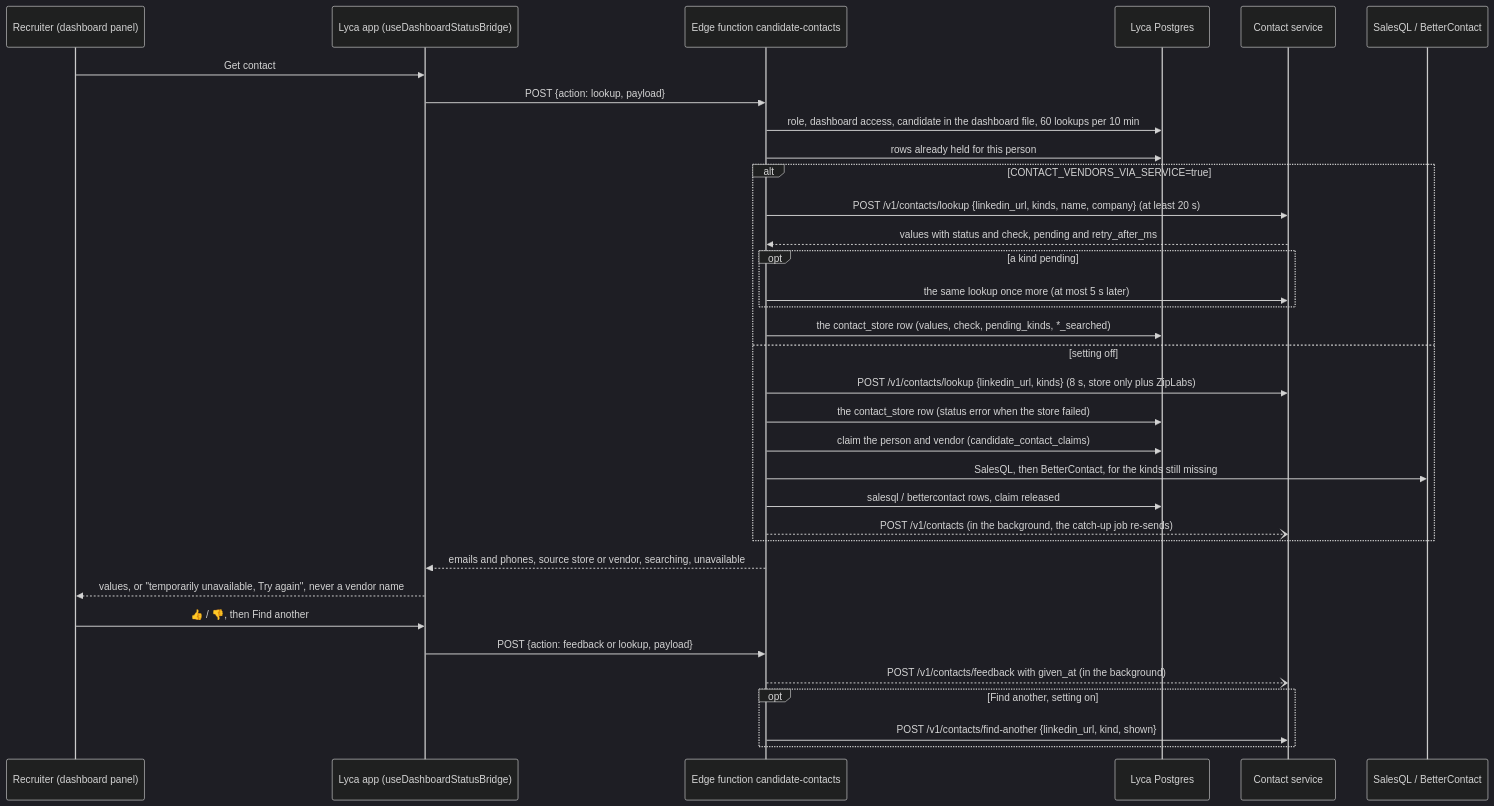
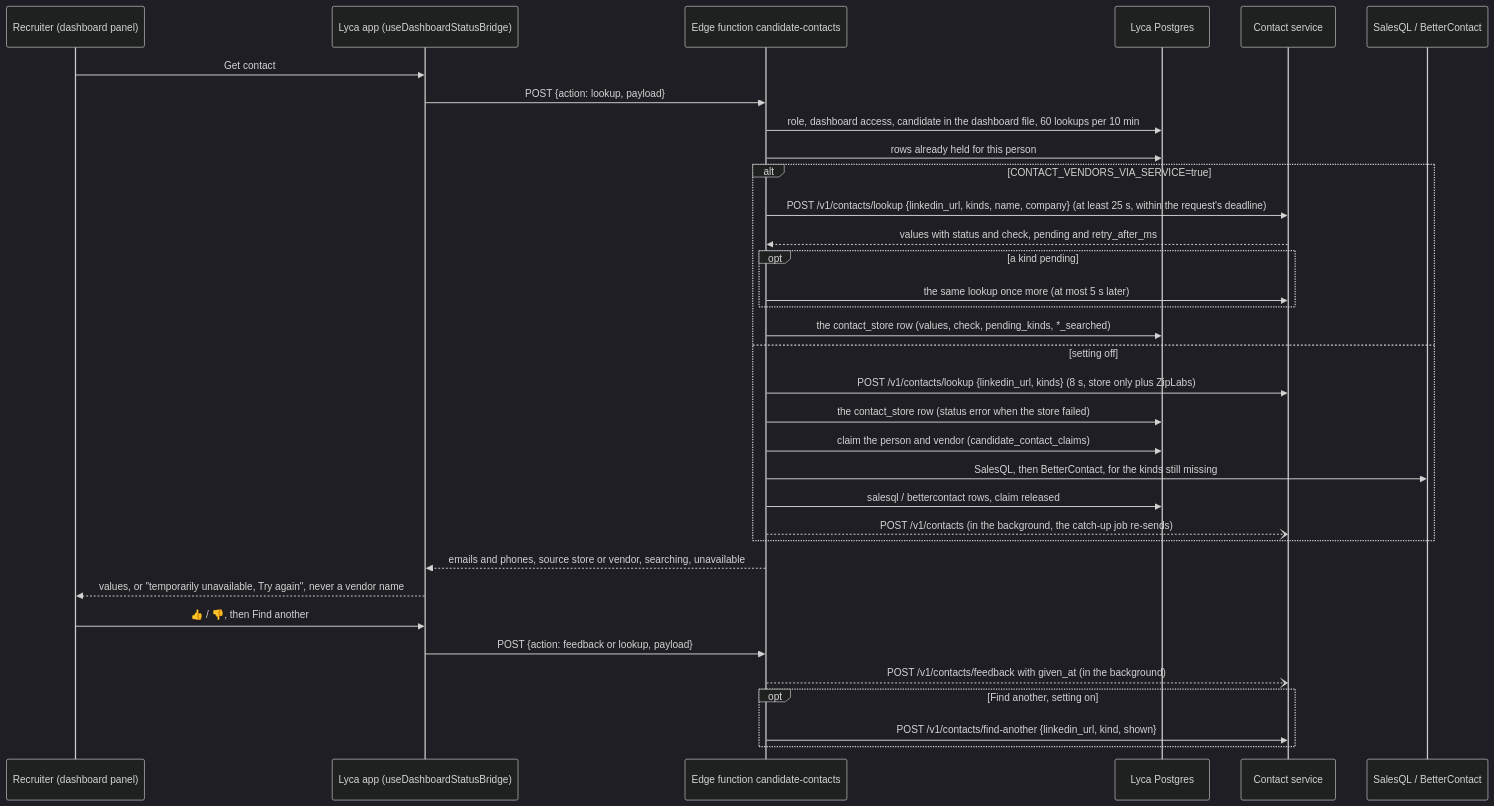
Before and after one commit to hiresense-ai/adobe-longlist: the diagram in docs/CONTACT_REVEAL.md, drawn with Mermaid (dark theme). The commit also changed other lines of this file and 6 other files, not shown here.

````diff
--- a/docs/CONTACT_REVEAL.md
+++ b/docs/CONTACT_REVEAL.md
@@ -19,36 +19,36 @@
 ```mermaid
 sequenceDiagram
   participant U as Recruiter (dashboard panel)
   participant H as Lyca app (useDashboardStatusBridge)
   participant F as Edge function candidate-contacts
   participant DB as Lyca Postgres
   participant S as Contact service
   participant V as SalesQL / BetterContact
   U->>H: Get contact
   H->>F: POST {action: lookup, payload}
   F->>DB: role, dashboard access, candidate in the dashboard file, 60 lookups per 10 min
   F->>DB: rows already held for this person
   alt CONTACT_VENDORS_VIA_SERVICE=true
-    F->>S: POST /v1/contacts/lookup {linkedin_url, kinds, name, company} (at least 20 s)
+    F->>S: POST /v1/contacts/lookup {linkedin_url, kinds, name, company} (at least 25 s, within the request's deadline)
     S-->>F: values with status and check, pending and retry_after_ms
     opt a kind pending
       F->>S: the same lookup once more (at most 5 s later)
     end
     F->>DB: the contact_store row (values, check, pending_kinds, *_searched)
   else setting off
     F->>S: POST /v1/contacts/lookup {linkedin_url, kinds} (8 s, store only plus ZipLabs)
     F->>DB: the contact_store row (status error when the store failed)
     F->>DB: claim the person and vendor (candidate_contact_claims)
     F->>V: SalesQL, then BetterContact, for the kinds still missing
     F->>DB: salesql / bettercontact rows, claim released
     F--)S: POST /v1/contacts (in the background, the catch-up job re-sends)
   end
   F-->>H: emails and phones, source store or vendor, searching, unavailable
   H-->>U: values, or "temporarily unavailable, Try again", never a vendor name
   U->>H: 👍 / 👎, then Find another
   H->>F: POST {action: feedback or lookup, payload}
   F--)S: POST /v1/contacts/feedback with given_at (in the background)
   opt Find another, setting on
     F->>S: POST /v1/contacts/find-another {linkedin_url, kind, shown}
   end
 ```
````
